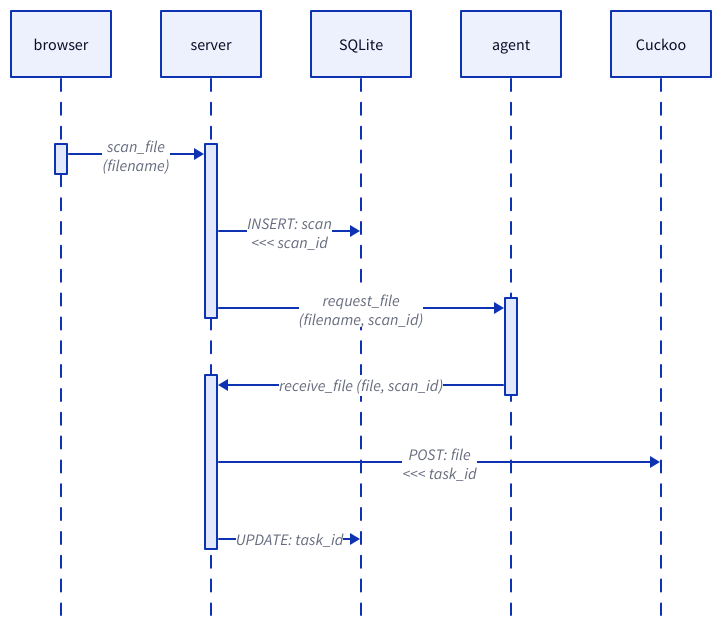
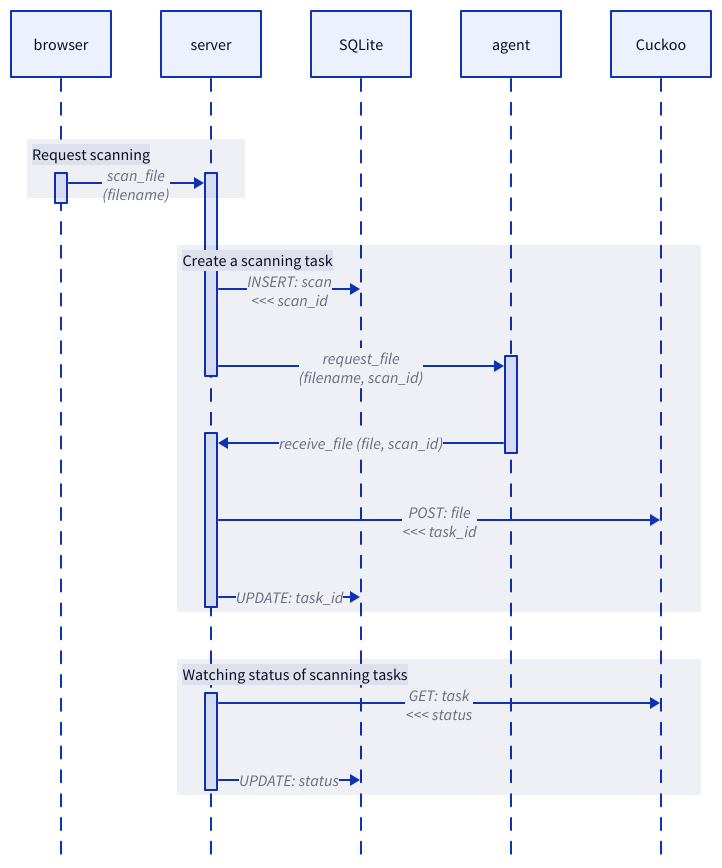
One commit to cyberok-org/soldr-modules changed the diagram in sandbox/docs/new_task_seq.d2. Above: the diagram before and after it, drawn with D2. The commit also changed 2 other files, not shown here.

```diff
--- a/sandbox/docs/new_task_seq.d2
+++ b/sandbox/docs/new_task_seq.d2
@@ -1,10 +1,18 @@
 shape: sequence_diagram
 
 browser; server; SQLite; agent; Cuckoo
 
-server.a <- browser.a: scan_file\n(filename)
-server.a -> SQLite: INSERT: scan\n<<< scan_id
-server.a -> agent.a: request_file\n(filename, scan_id)
-server.b <- agent.a: receive_file (file, scan_id)
-server.b -> Cuckoo: POST: file\n<<< task_id
-server.b -> SQLite: UPDATE: task_id
+Request scanning {
+	server.a <- browser.a: scan_file\n(filename)
+}
+Create a scanning task {
+	server.a -> SQLite: INSERT: scan\n<<< scan_id
+	server.a -> agent.a: request_file\n(filename, scan_id)
+	server.b <- agent.a: receive_file (file, scan_id)
+	server.b -> Cuckoo: POST: file\n<<< task_id
+	server.b -> SQLite: UPDATE: task_id
+}
+Watching status of scanning tasks {
+	server.c -> Cuckoo: GET: task\n<<< status
+	server.c -> SQLite: UPDATE: status
+}
```
